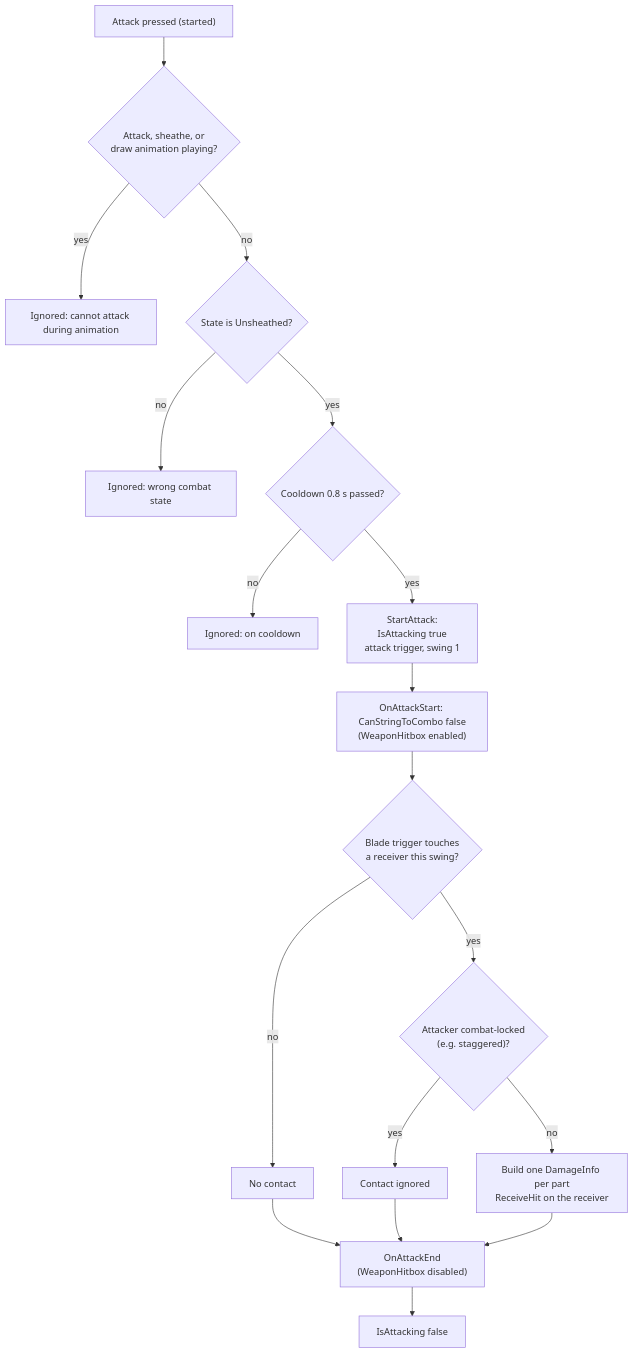
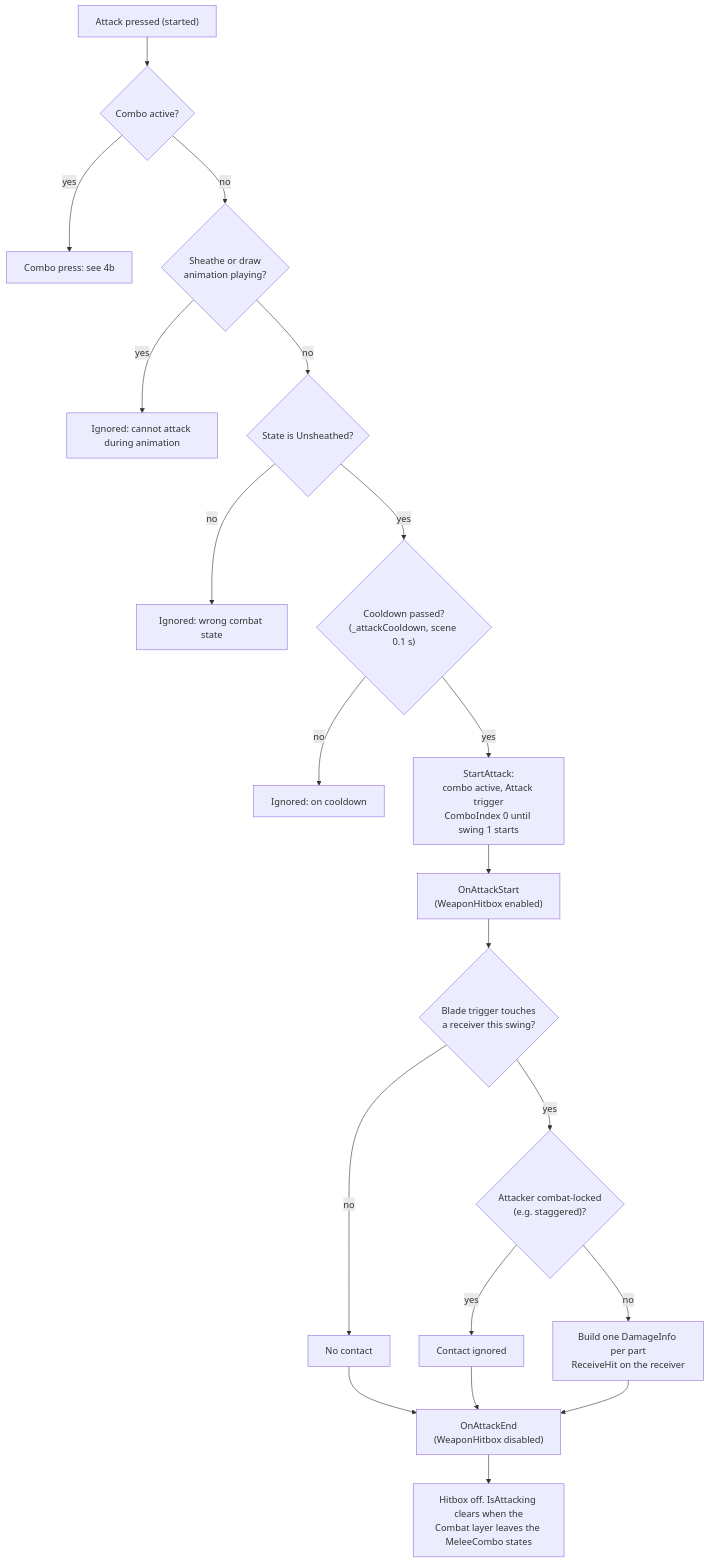
One commit to Relativ9/Sol changed the fourth of 17 diagrams in Docs/DECISION_TREES.md. Above: the diagram before and after it, drawn with Mermaid. The commit also changed other lines of this file and 135 other files, not shown here.

Commit message:
Updated documentation, finalized melee combo system with 1 demo combo for the player. Started on enemy AI work, still ongoing.

````diff
--- a/Docs/DECISION_TREES.md
+++ b/Docs/DECISION_TREES.md
@@ -80,20 +80,22 @@
 ```mermaid
 flowchart TD
-  A["Attack pressed (started)"] --> B{"Attack, sheathe, or\ndraw animation playing?"}
+  A["Attack pressed (started)"] --> A2{"Combo active?"}
+  A2 -- yes --> X0["Combo press: see 4b"]
+  A2 -- no --> B{"Sheathe or draw\nanimation playing?"}
   B -- yes --> X1["Ignored: cannot attack during animation"]
   B -- no --> C{"State is Unsheathed?"}
   C -- no --> X2["Ignored: wrong combat state"]
-  C -- yes --> D{"Cooldown 0.8 s passed?"}
+  C -- yes --> D{"Cooldown passed?\n(_attackCooldown, scene 0.1 s)"}
   D -- no --> X3["Ignored: on cooldown"]
-  D -- yes --> E["StartAttack:\nIsAttacking true\nattack trigger, swing 1"]
-  E --> F["OnAttackStart: CanStringToCombo false\n(WeaponHitbox enabled)"]
+  D -- yes --> E["StartAttack:\ncombo active, Attack trigger\nComboIndex 0 until swing 1 starts"]
+  E --> F["OnAttackStart\n(WeaponHitbox enabled)"]
   F --> G{"Blade trigger touches\na receiver this swing?"}
   G -- no --> H["No contact"]
   G -- yes --> I{"Attacker combat-locked\n(e.g. staggered)?"}
   I -- yes --> J["Contact ignored"]
   I -- no --> K["Build one DamageInfo per part\nReceiveHit on the receiver"]
   K --> L["OnAttackEnd\n(WeaponHitbox disabled)"]
   H --> L
   J --> L
-  L --> M["IsAttacking false"]
+  L --> M["Hitbox off. IsAttacking clears when the\nCombat layer leaves the MeleeCombo states"]
 ```
````
